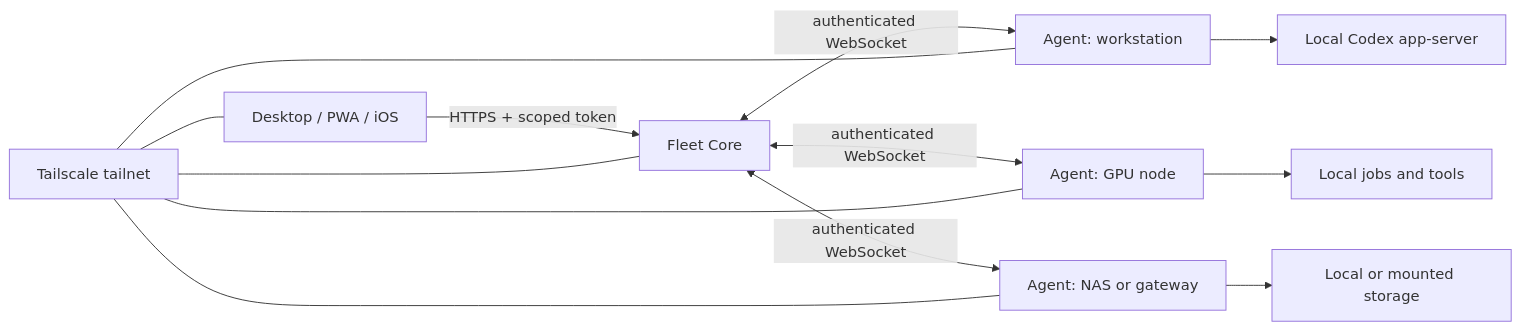
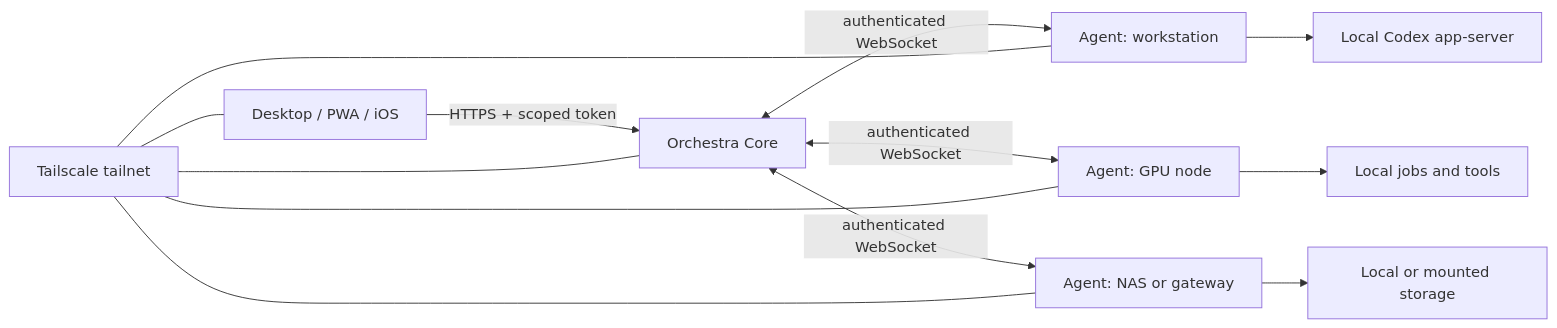
The diagram in README.md (OneManLabs/orchestra), drawn with Mermaid before and after one commit. The commit also changed other lines of this file and 45 other files, not shown here.

````diff
--- a/README.md
+++ b/README.md
@@ -75,15 +75,15 @@
 ```mermaid
 flowchart LR
-    C[Desktop / PWA / iOS] -->|HTTPS + scoped token| CORE[Fleet Core]
+    C[Desktop / PWA / iOS] -->|HTTPS + scoped token| CORE[Orchestra Core]
     CORE <-->|authenticated WebSocket| A1[Agent: workstation]
     CORE <-->|authenticated WebSocket| A2[Agent: GPU node]
     CORE <-->|authenticated WebSocket| A3[Agent: NAS or gateway]
     A1 --> CODEX[Local Codex app-server]
     A2 --> JOBS[Local jobs and tools]
     A3 --> DATA[Local or mounted storage]
     TS[Tailscale tailnet] --- C
     TS --- CORE
     TS --- A1
     TS --- A2
     TS --- A3
 ```
````
